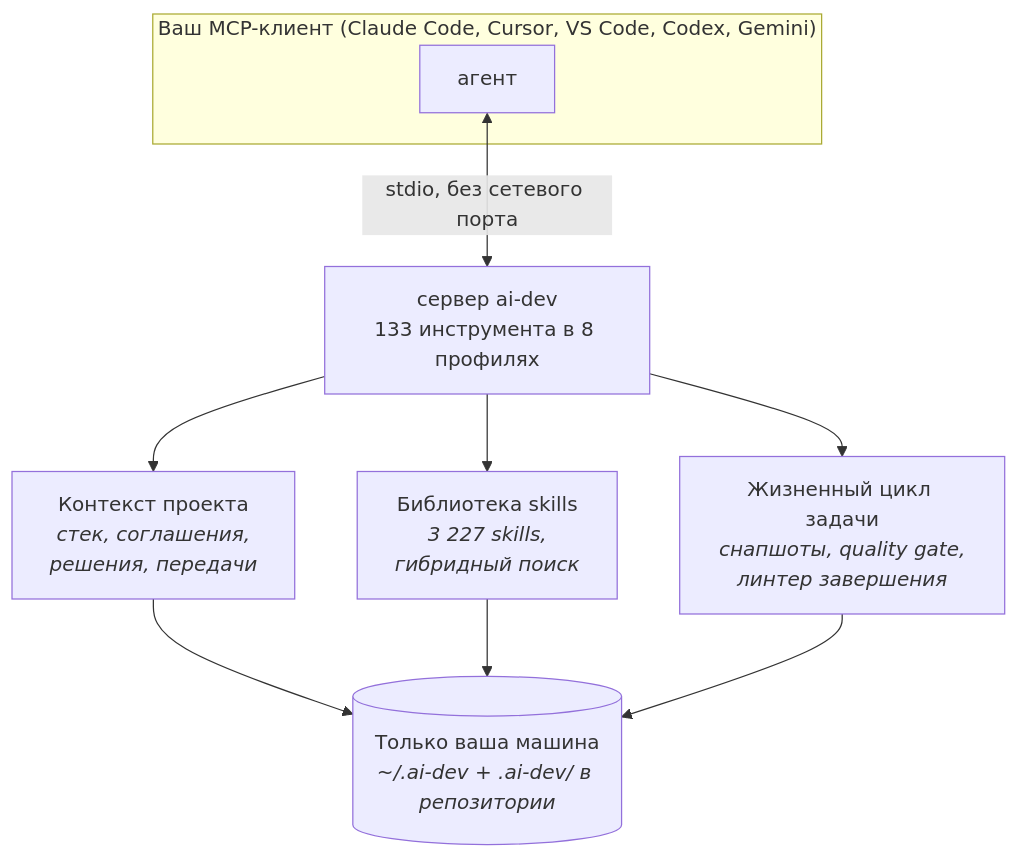
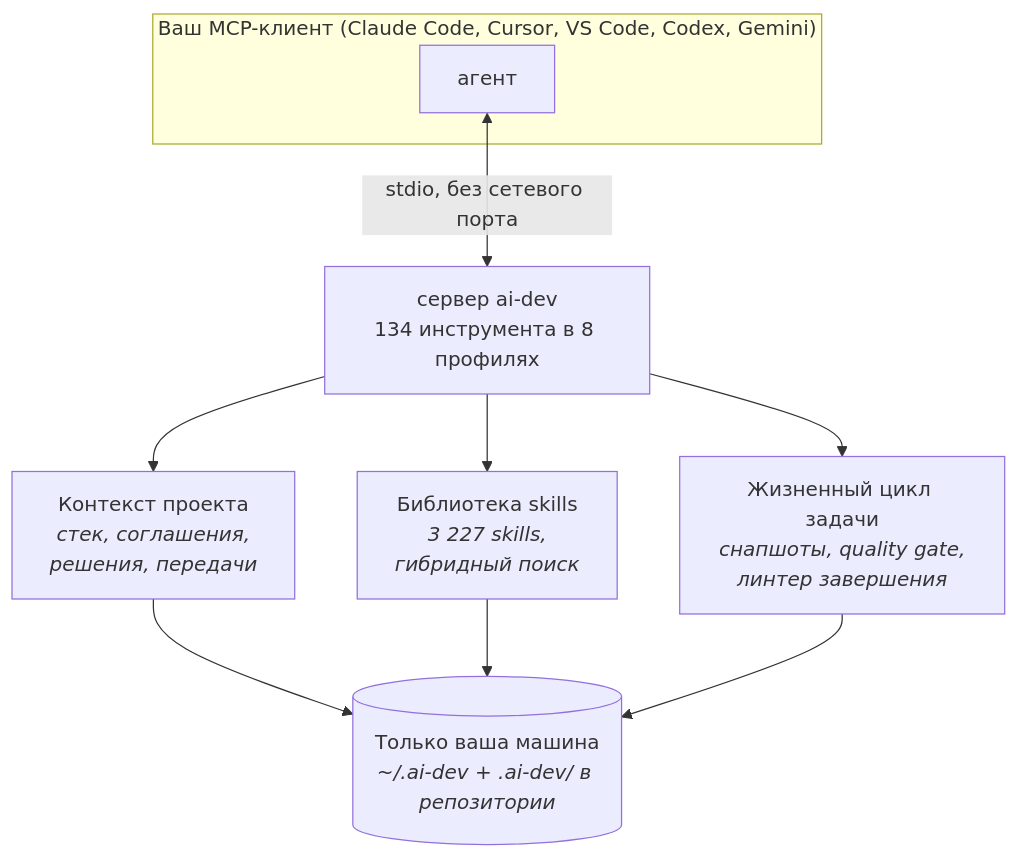
One commit to BreezeAreaSay/ai-dev-system changed the second of 2 diagrams in README.ru.md. Above: the diagram before and after it, drawn with Mermaid. The commit also changed other lines of this file and 18 other files, not shown here.

````diff
--- a/README.ru.md
+++ b/README.ru.md
@@ -131,11 +131,11 @@
 ```mermaid
 flowchart TB
     subgraph client["Ваш MCP-клиент (Claude Code, Cursor, VS Code, Codex, Gemini)"]
         agent["агент"]
     end
-    agent <-->|stdio, без сетевого порта| server["сервер ai-dev<br/>133 инструмента в 8 профилях"]
+    agent <-->|stdio, без сетевого порта| server["сервер ai-dev<br/>134 инструмента в 8 профилях"]
     server --> ctx["Контекст проекта<br/><i>стек, соглашения,<br/>решения, передачи</i>"]
     server --> skills["Библиотека skills<br/><i>3 227 skills,<br/>гибридный поиск</i>"]
     server --> life["Жизненный цикл задачи<br/><i>снапшоты, quality gate,<br/>линтер завершения</i>"]
     ctx & skills & life --> disk[("Только ваша машина<br/><i>~/.ai-dev + .ai-dev/ в репозитории</i>")]
 ```
````
